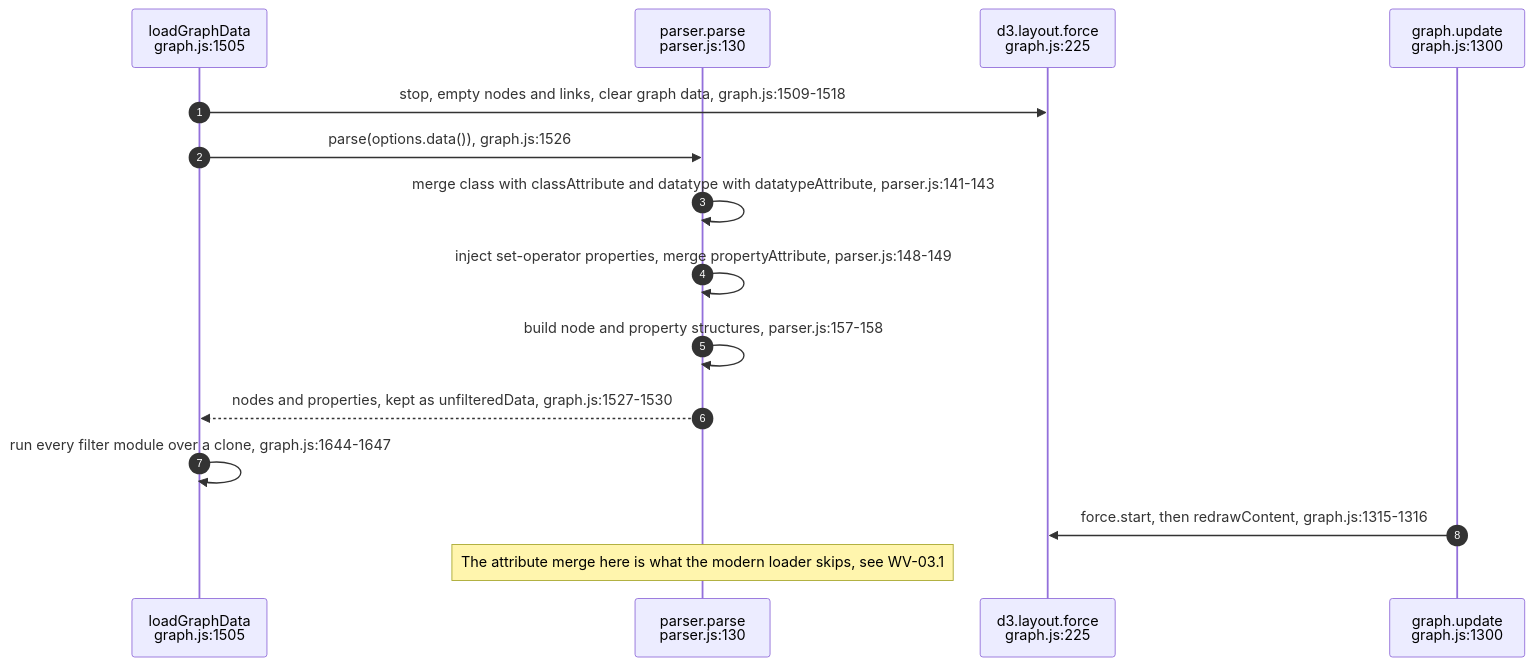
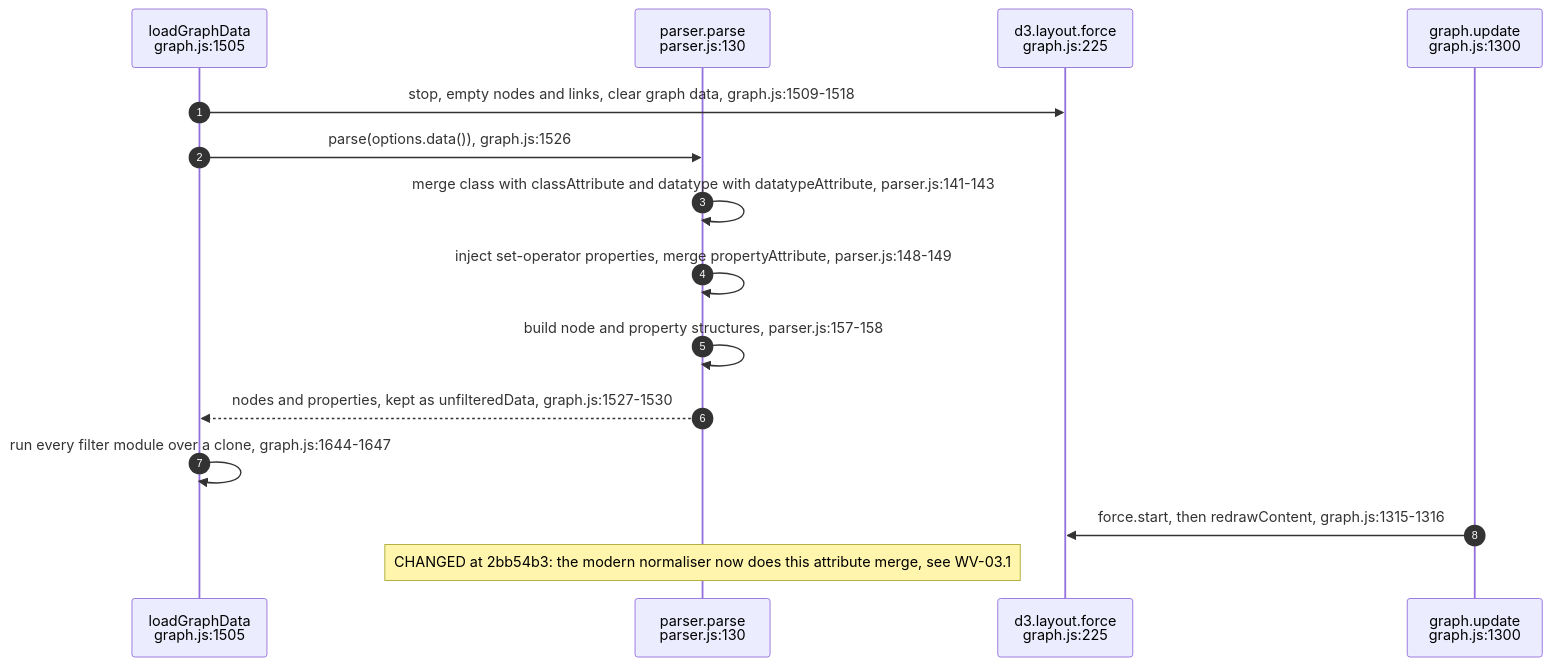
Before and after one commit to DreamLab-AI/VisionFlow: the third of 6 diagrams in docs/diagrams/wasmvowl/05-legacy-webvowl.md, drawn with Mermaid. The commit also changed other lines of this file and 4 other files, not shown here.

First line of the commit message:
docs(diagrams): wasmvowl re-verified at WasmVOWL 2bb54b3 (NggExplorer layout, camera, CI)

````diff
--- a/docs/diagrams/wasmvowl/05-legacy-webvowl.md
+++ b/docs/diagrams/wasmvowl/05-legacy-webvowl.md
@@ -77,17 +79,17 @@
 ```mermaid
 sequenceDiagram
     autonumber
     participant G as loadGraphData<br/>graph.js:1505
     participant P as parser.parse<br/>parser.js:130
     participant F as d3.layout.force<br/>graph.js:225
     participant U as graph.update<br/>graph.js:1300
     G->>F: stop, empty nodes and links, clear graph data, graph.js:1509-1518
     G->>P: parse(options.data()), graph.js:1526
     P->>P: merge class with classAttribute and datatype with datatypeAttribute, parser.js:141-143
     P->>P: inject set-operator properties, merge propertyAttribute, parser.js:148-149
     P->>P: build node and property structures, parser.js:157-158
     P-->>G: nodes and properties, kept as unfilteredData, graph.js:1527-1530
     G->>G: run every filter module over a clone, graph.js:1644-1647
     U->>F: force.start, then redrawContent, graph.js:1315-1316
-    Note over P: The attribute merge here is what the modern loader skips, see WV-03.1
+    Note over P: CHANGED at 2bb54b3: the modern normaliser now does this attribute merge, see WV-03.1
 ```
````
